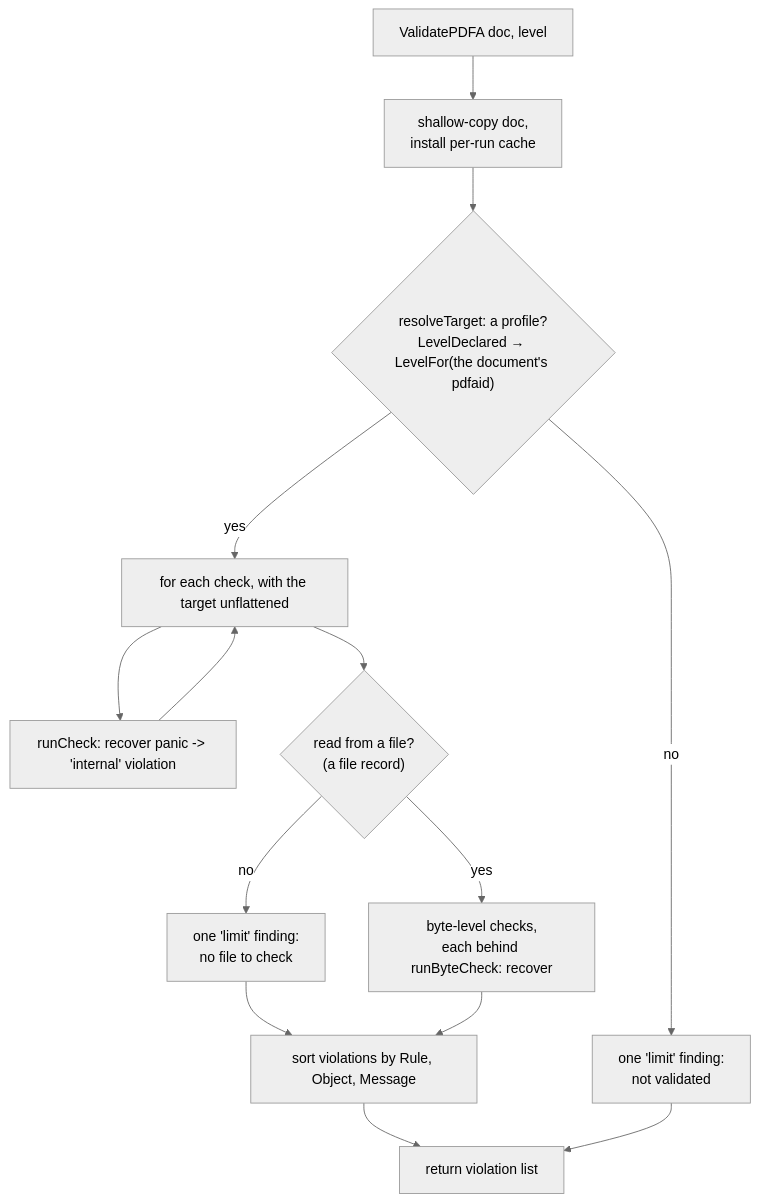
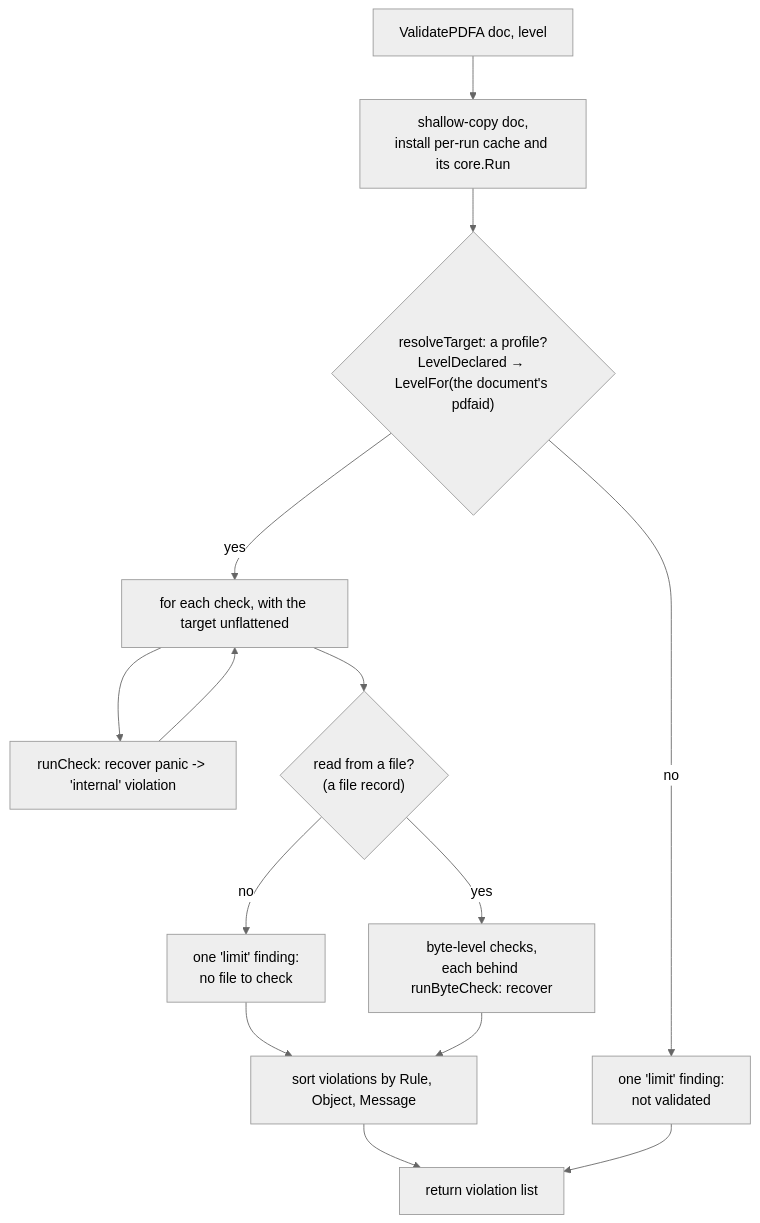
The second of 2 diagrams in docs/validators.md (mgilbir/pdf0), drawn with Mermaid (neutral theme) before and after one commit. The commit also changed other lines of this file and 31 other files, not shown here.

````diff
--- a/docs/validators.md
+++ b/docs/validators.md
@@ -226,16 +231,16 @@
 ```mermaid
 flowchart TD
-    A[ValidatePDFA doc, level] --> B[shallow-copy doc,<br/>install per-run cache]
+    A[ValidatePDFA doc, level] --> B[shallow-copy doc,<br/>install per-run cache and its core.Run]
     B --> T{"resolveTarget: a profile?<br/>LevelDeclared → LevelFor(the document's pdfaid)"}
     T -->|no| R["one 'limit' finding:<br/>not validated"]
     T -->|yes| C[for each check, with the target unflattened]
     C --> D[runCheck: recover panic -> 'internal' violation]
     D --> C
     C --> E{"read from a file?<br/>(a file record)"}
     E -->|yes| F[byte-level checks,<br/>each behind runByteCheck: recover]
     E -->|no| N["one 'limit' finding:<br/>no file to check"]
     N --> G
     F --> G[sort violations by Rule, Object, Message]
     G --> I[return violation list]
     R --> I
 ```
````
